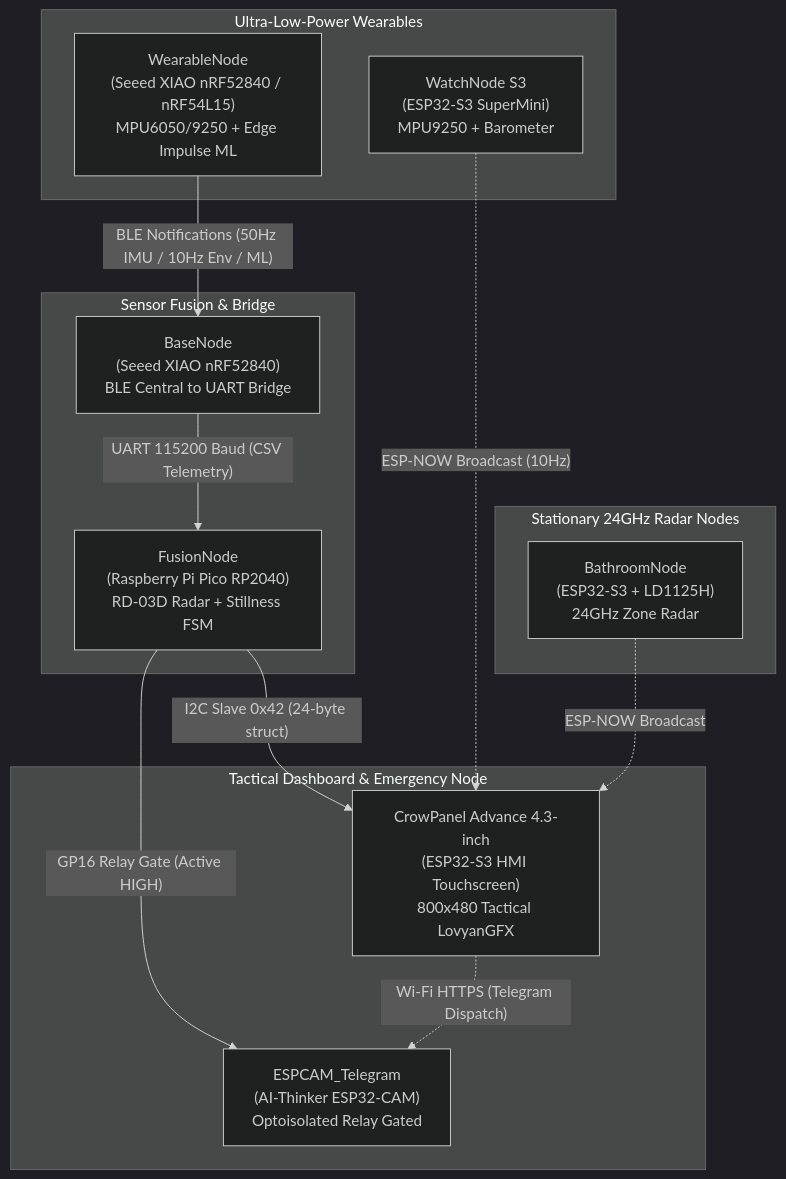
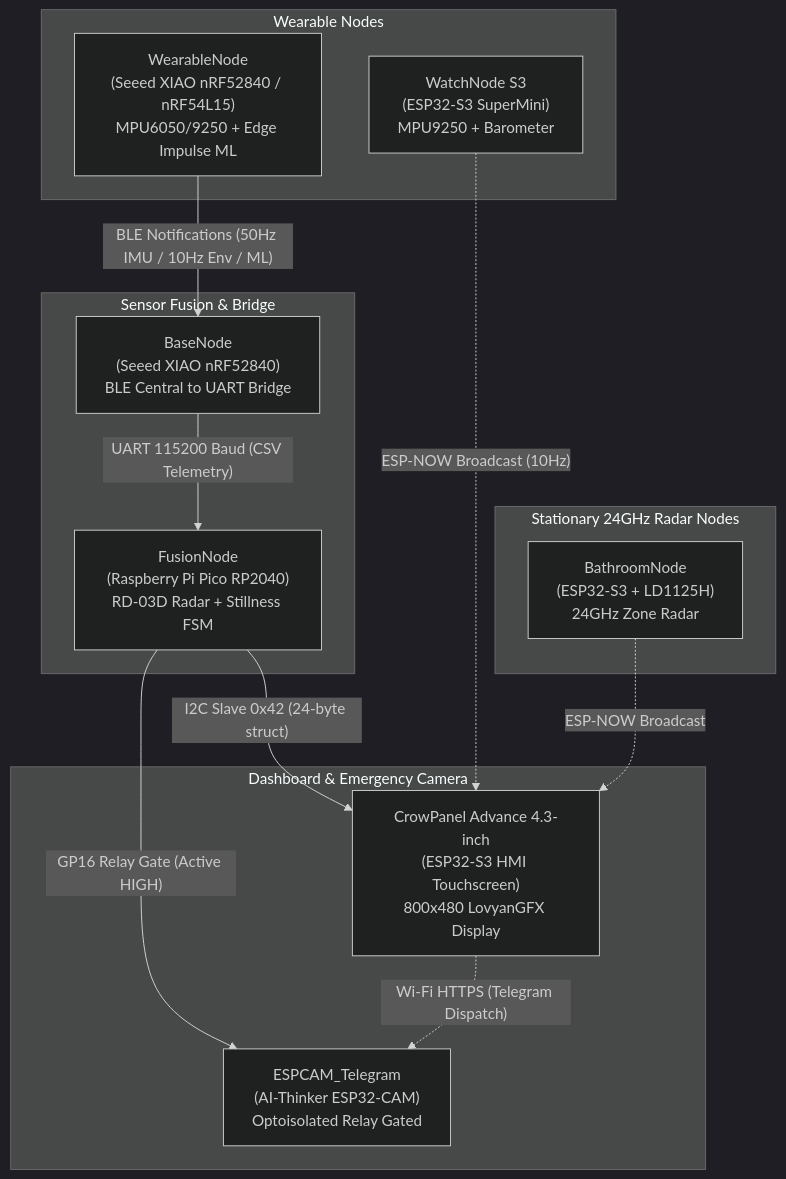
One commit to Trip64/RadarBasedFallDetect-RANGER changed the second of 3 diagrams in README.md. Above: the diagram before and after it, drawn with Mermaid (dark theme). The commit also changed other lines of this file, not shown here.

````diff
--- a/README.md
+++ b/README.md
@@ -62,29 +62,29 @@
 ```mermaid
 flowchart TD
-    subgraph Wearables ["Ultra-Low-Power Wearables"]
+    subgraph Wearables ["Wearable Nodes"]
         WN["WearableNode<br/>(Seeed XIAO nRF52840 / nRF54L15)<br/>MPU6050/9250 + Edge Impulse ML"]
         WNS3["WatchNode S3<br/>(ESP32-S3 SuperMini)<br/>MPU9250 + Barometer"]
     end
 
     subgraph Stationary ["Stationary 24GHz Radar Nodes"]
         BN_RADAR["BathroomNode<br/>(ESP32-S3 + LD1125H)<br/>24GHz Zone Radar"]
     end
 
     subgraph Base_Processing ["Sensor Fusion & Bridge"]
         BASE["BaseNode<br/>(Seeed XIAO nRF52840)<br/>BLE Central to UART Bridge"]
         FUSION["FusionNode<br/>(Raspberry Pi Pico RP2040)<br/>RD-03D Radar + Stillness FSM"]
     end
 
-    subgraph Display_Emergency ["Tactical Dashboard & Emergency Node"]
-        CROW["CrowPanel Advance 4.3-inch<br/>(ESP32-S3 HMI Touchscreen)<br/>800x480 Tactical LovyanGFX"]
+    subgraph Display_Emergency ["Dashboard & Emergency Camera"]
+        CROW["CrowPanel Advance 4.3-inch<br/>(ESP32-S3 HMI Touchscreen)<br/>800x480 LovyanGFX Display"]
         CAM["ESPCAM_Telegram<br/>(AI-Thinker ESP32-CAM)<br/>Optoisolated Relay Gated"]
     end
 
     WN -- "BLE Notifications (50Hz IMU / 10Hz Env / ML)" --> BASE
     BASE -- "UART 115200 Baud (CSV Telemetry)" --> FUSION
     FUSION -- "I2C Slave 0x42 (24-byte struct)" --> CROW
     WNS3 -. "ESP-NOW Broadcast (10Hz)" .-> CROW
     BN_RADAR -. "ESP-NOW Broadcast" .-> CROW
     FUSION -- "GP16 Relay Gate (Active HIGH)" --> CAM
     CROW -. "Wi-Fi HTTPS (Telegram Dispatch)" .-> CAM
 ```
````
